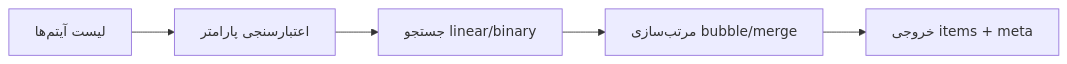
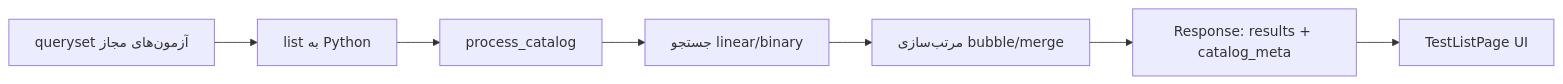
The fifth of 5 diagrams in docs/thesis/04_CHAPTER4_FA.md (rozhrafiee/ctlg), drawn with Mermaid before and after one commit. The commit also changed other lines of this file and 24 other files, not shown here.

````diff
--- a/docs/thesis/04_CHAPTER4_FA.md
+++ b/docs/thesis/04_CHAPTER4_FA.md
@@ -173,7 +174,9 @@
 ```mermaid
 flowchart LR
-  A[لیست آیتم‌ها] --> B[اعتبارسنجی پارامتر]
-  B --> C[جستجو linear/binary]
-  C --> D[مرتب‌سازی bubble/merge]
-  D --> E["خروجی items + meta"]
+  A[queryset آزمون‌های مجاز] --> B[list به Python]
+  B --> C[process_catalog]
+  C --> D[جستجو linear/binary]
+  D --> E[مرتب‌سازی bubble/merge]
+  E --> F["Response: results + catalog_meta"]
+  F --> G[TestListPage UI]
 ```
````
